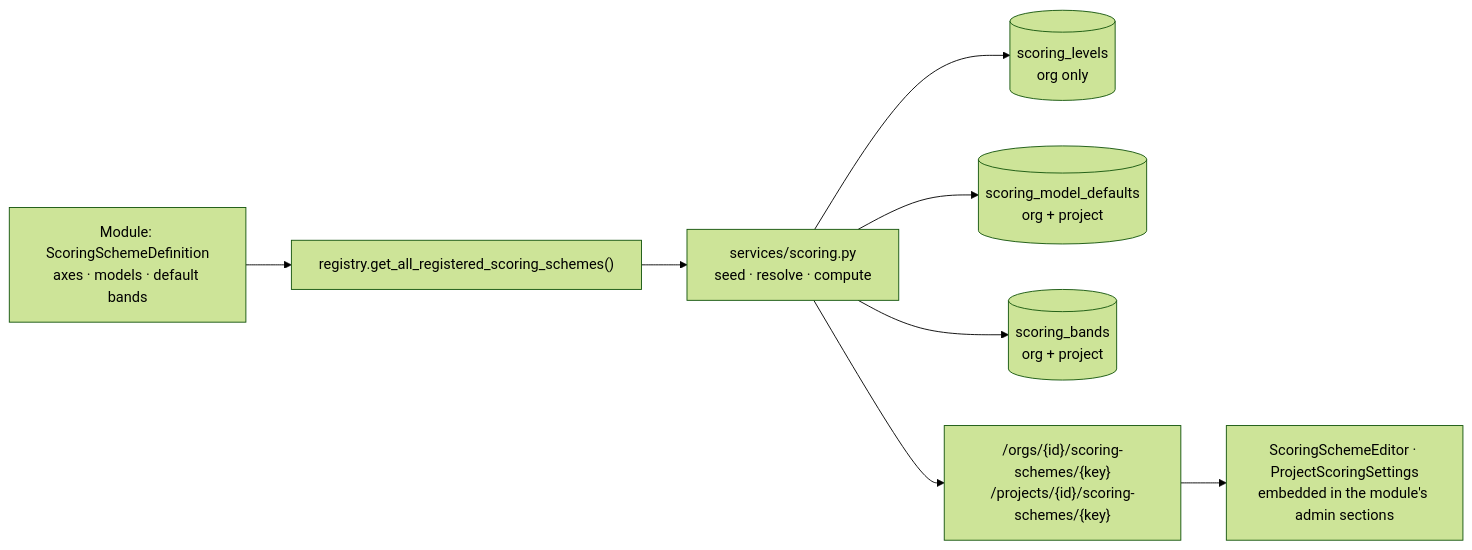
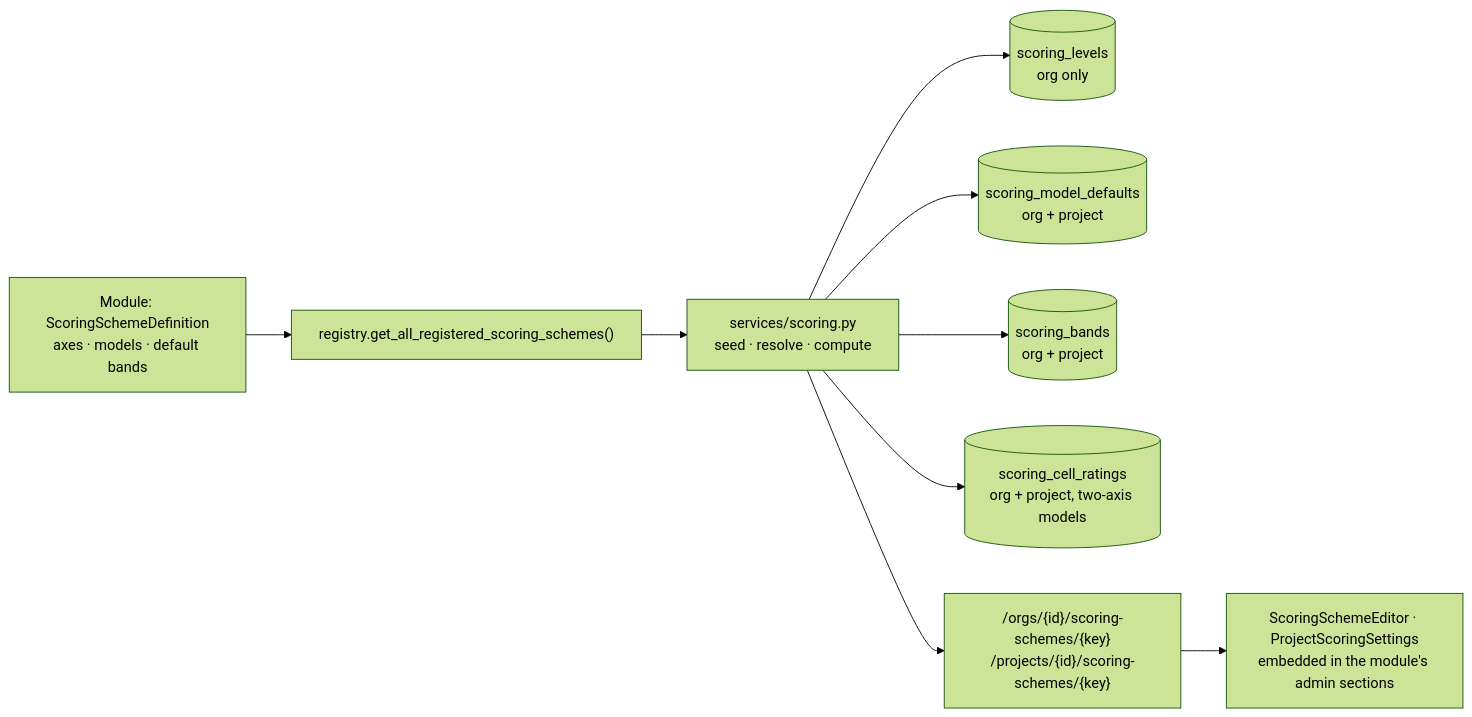
One commit to ballardr/reqtrackmanager changed the fifth of 14 diagrams in docs/modules.md. Above: the diagram before and after it, drawn with Mermaid (forest theme). The commit also changed other lines of this file and 169 other files, not shown here.

````diff
--- a/docs/modules.md
+++ b/docs/modules.md
@@ -803,10 +806,11 @@
 ```mermaid
 flowchart LR
     MOD["Module: ScoringSchemeDefinition<br/>axes · models · default bands"] --> REG["registry.get_all_registered_scoring_schemes()"]
     REG --> SVC["services/scoring.py<br/>seed · resolve · compute"]
     SVC --> T1[("scoring_levels<br/>org only")]
     SVC --> T2[("scoring_model_defaults<br/>org + project")]
     SVC --> T3[("scoring_bands<br/>org + project")]
+    SVC --> T4[("scoring_cell_ratings<br/>org + project, two-axis models")]
     SVC --> API["/orgs/{id}/scoring-schemes/{key}<br/>/projects/{id}/scoring-schemes/{key}"]
     API --> UI["ScoringSchemeEditor · ProjectScoringSettings<br/>embedded in the module's admin sections"]
 ```
````
